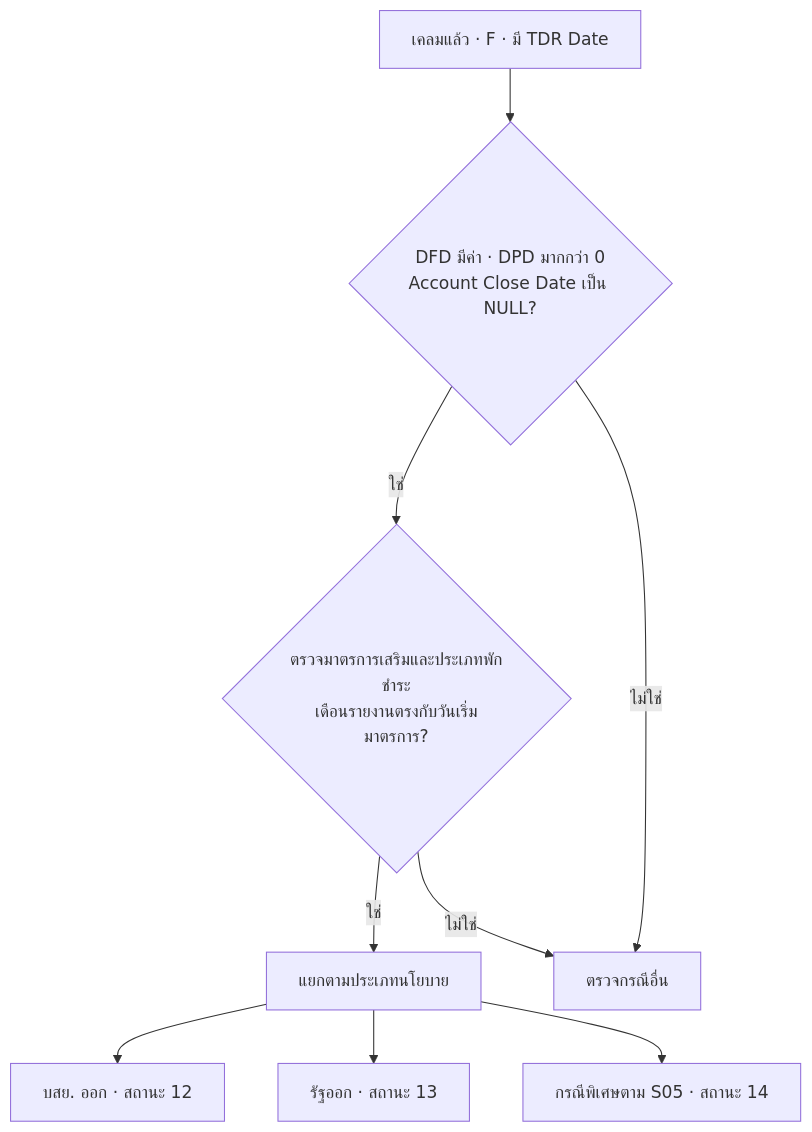
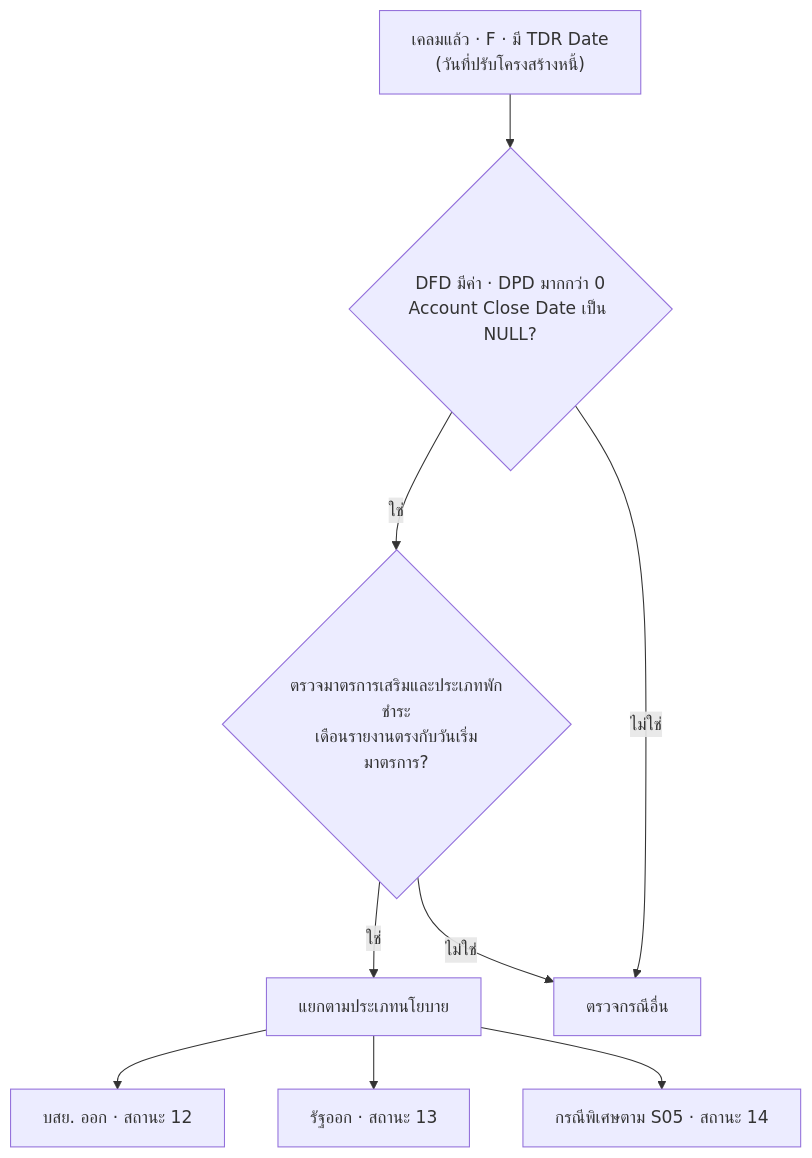
Before and after one commit to yukasung/eodncb: the fourth of 10 diagrams in app/account-status/page.mdx, drawn with Mermaid. The commit also changed other lines of this file and 14 other files, not shown here.

````diff
--- a/app/account-status/page.mdx
+++ b/app/account-status/page.mdx
@@ -172,11 +172,11 @@
 ```mermaid
 flowchart TD
-    A[เคลมแล้ว · F · มี TDR Date] --> B{DFD มีค่า · DPD มากกว่า 0<br/>Account Close Date เป็น NULL?}
+    A["เคลมแล้ว · F · มี TDR Date<br/>(วันที่ปรับโครงสร้างหนี้)"] --> B{DFD มีค่า · DPD มากกว่า 0<br/>Account Close Date เป็น NULL?}
     B -->|ใช่| C{ตรวจมาตรการเสริมและประเภทพักชำระ<br/>เดือนรายงานตรงกับวันเริ่มมาตรการ?}
     C -->|ใช่| D[แยกตามประเภทนโยบาย]
     D --> E[บสย. ออก · สถานะ 12]
     D --> F[รัฐออก · สถานะ 13]
     D --> G[กรณีพิเศษตาม S05 · สถานะ 14]
     B -->|ไม่ใช่| X[ตรวจกรณีอื่น]
     C -->|ไม่ใช่| X
 ```
````
